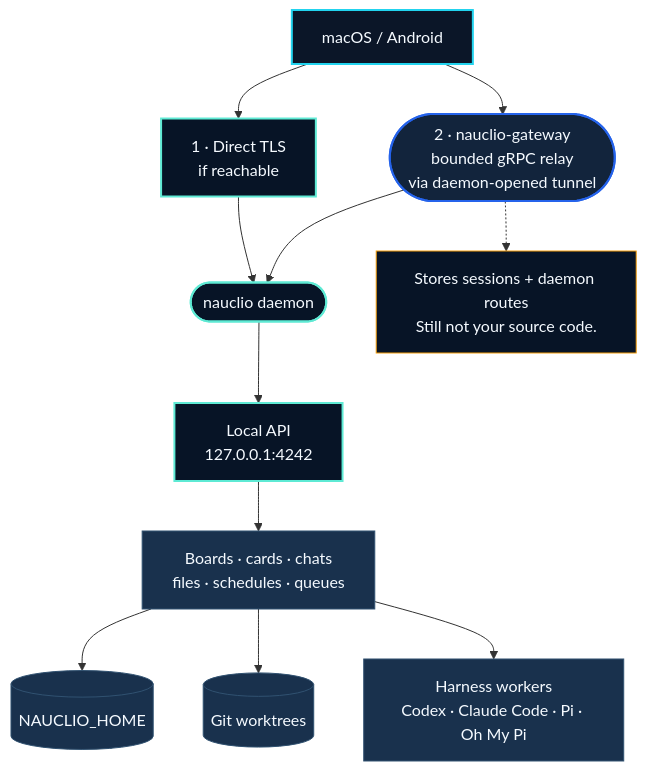
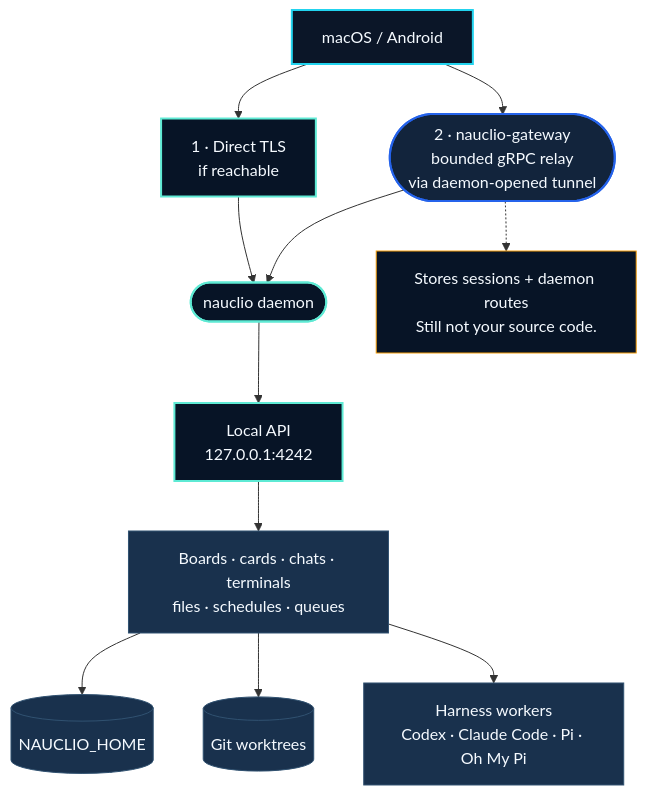
Before and after one commit to dbpprt/dieter: the diagram in README.md, drawn with Mermaid. The commit also changed other lines of this file and 56 other files, not shown here.

````diff
--- a/README.md
+++ b/README.md
@@ -104,35 +104,35 @@
 ```mermaid
 flowchart TB
     clients["macOS / Android"]
     direct["1 · Direct TLS<br/>if reachable"]
     gateway(["2 · nauclio-gateway<br/>bounded gRPC relay<br/>via daemon-opened tunnel"])
     gatewayData["Stores sessions + daemon routes<br/>Still not your source code."]
     daemon(["nauclio daemon"])
     api["Local API<br/>127.0.0.1:4242"]
-    domain["Boards · cards · chats<br/>files · schedules · queues"]
+    domain["Boards · cards · chats · terminals<br/>files · schedules · queues"]
     home[("NAUCLIO_HOME")]
     git[("Git worktrees")]
     agents["Harness workers<br/>Codex · Claude Code · Pi · Oh My Pi"]
 
     clients --> direct
     clients --> gateway
     direct --> daemon
     gateway --> daemon
     gateway -.-> gatewayData
     daemon --> api --> domain
     domain --> home
     domain --> git
     domain --> agents
 
     classDef client fill:#0B1628,stroke:#22D3EE,stroke-width:2px,color:#F5FAFF;
     classDef routing fill:#12243C,stroke:#2563EB,stroke-width:2px,color:#F5FAFF;
     classDef daemon fill:#071426,stroke:#5EEAD4,stroke-width:2px,color:#F5FAFF;
     classDef data fill:#19314D,stroke:#315271,stroke-width:1px,color:#F5FAFF;
     classDef warning fill:#071426,stroke:#F59E0B,stroke-width:1px,color:#F5FAFF;
 
     class clients client;
     class gateway routing;
     class direct,daemon,api daemon;
     class domain,home,git,agents data;
     class gatewayData warning;
 ```
````
